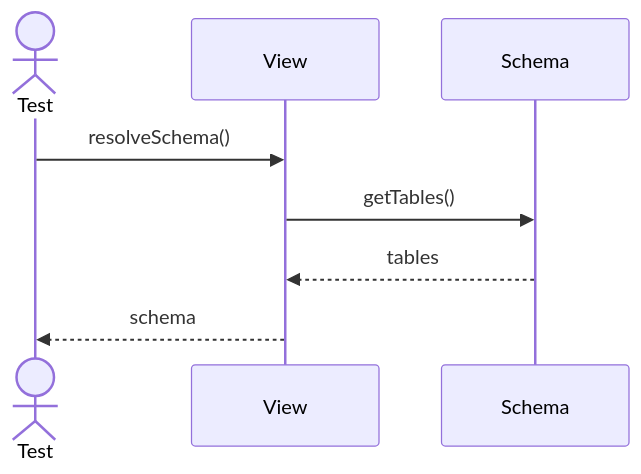
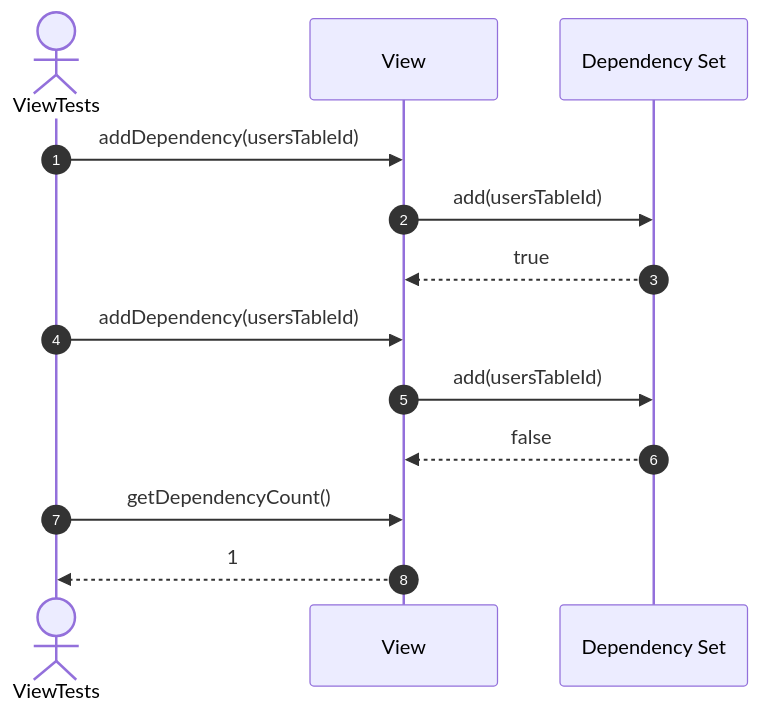
Before and after one commit to FhuAnn/-bbv-AN-s-DBMS: diagram 11 of 21 in src/tests/unit/metadata/sequences/view-testing.se.md, drawn with Mermaid. The commit also changed other lines of this file and 60 other files, not shown here.

Commit message:
refactor data table, row, column, constraint, index test file

````diff
--- a/src/tests/unit/metadata/sequences/view-testing.se.md
+++ b/src/tests/unit/metadata/sequences/view-testing.se.md
@@ -161,11 +181,18 @@
 ```mermaid
 sequenceDiagram
-actor Test
-participant View
-participant Schema
+    autonumber
+    actor Test as ViewTests
+    participant View as View
+    participant Dependencies as Dependency Set
 
-Test->>View: resolveSchema()
-View->>Schema: getTables()
-Schema-->>View: tables
-View-->>Test: schema
+    Test->>View: addDependency(usersTableId)
+    View->>Dependencies: add(usersTableId)
+    Dependencies-->>View: true
+
+    Test->>View: addDependency(usersTableId)
+    View->>Dependencies: add(usersTableId)
+    Dependencies-->>View: false
+
+    Test->>View: getDependencyCount()
+    View-->>Test: 1
 ```
````
